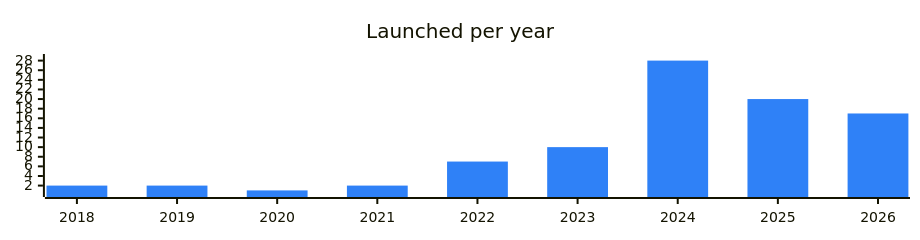
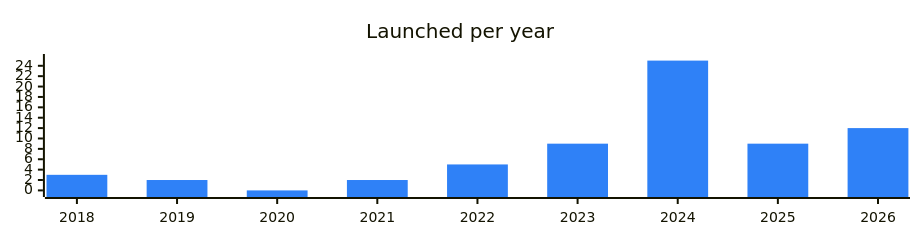
The diagram in categories/payments.md (vitalikgpt/gram-ecosystem), drawn with Mermaid before and after one commit. The commit also changed other lines of this file and 69 other files, not shown here.

````diff
--- a/categories/payments.md
+++ b/categories/payments.md
@@ -7,7 +7,7 @@
 ```mermaid
 %%{init: {"xyChart": {"width": 900, "height": 220}, "themeVariables": {"xyChart": {"plotColorPalette": "#2f81f7"}}}}%%
 xychart-beta
   title "Launched per year"
   x-axis ["2018", "2019", "2020", "2021", "2022", "2023", "2024", "2025", "2026"]
-  bar [2, 2, 1, 2, 7, 10, 28, 20, 17]
+  bar [3, 2, 0, 2, 5, 9, 25, 9, 12]
 ```
````
